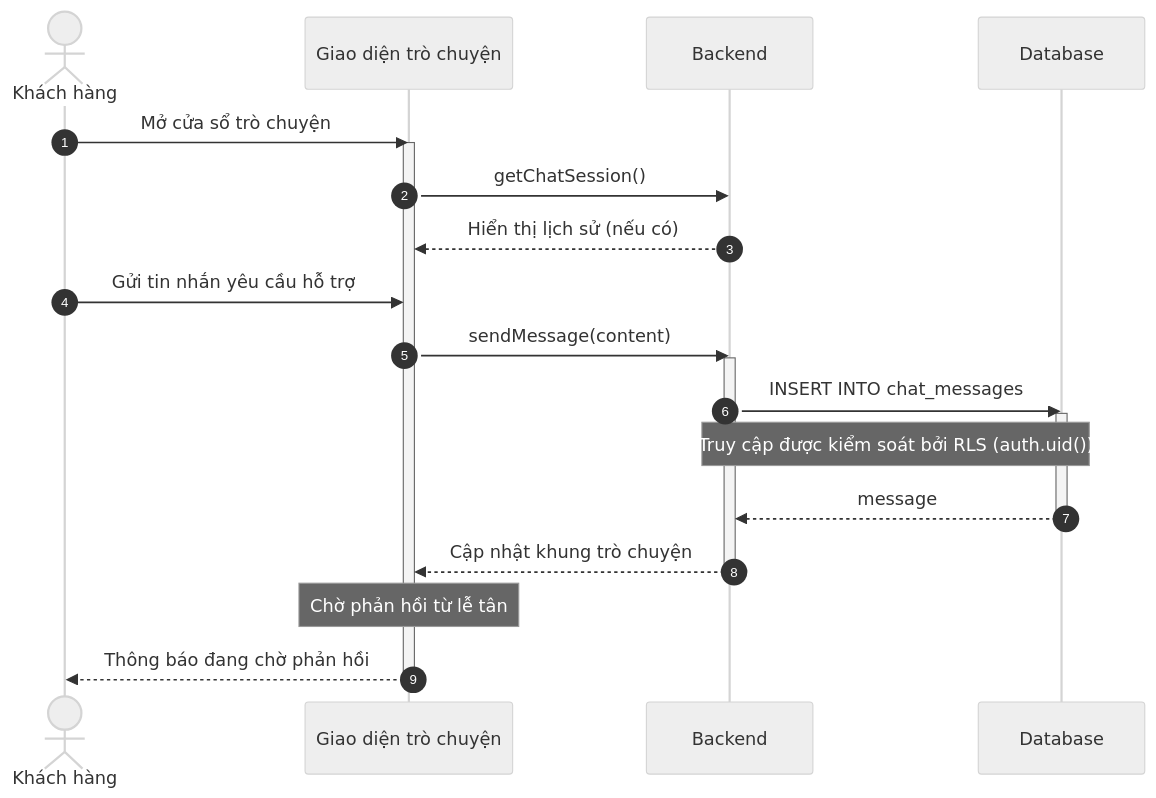
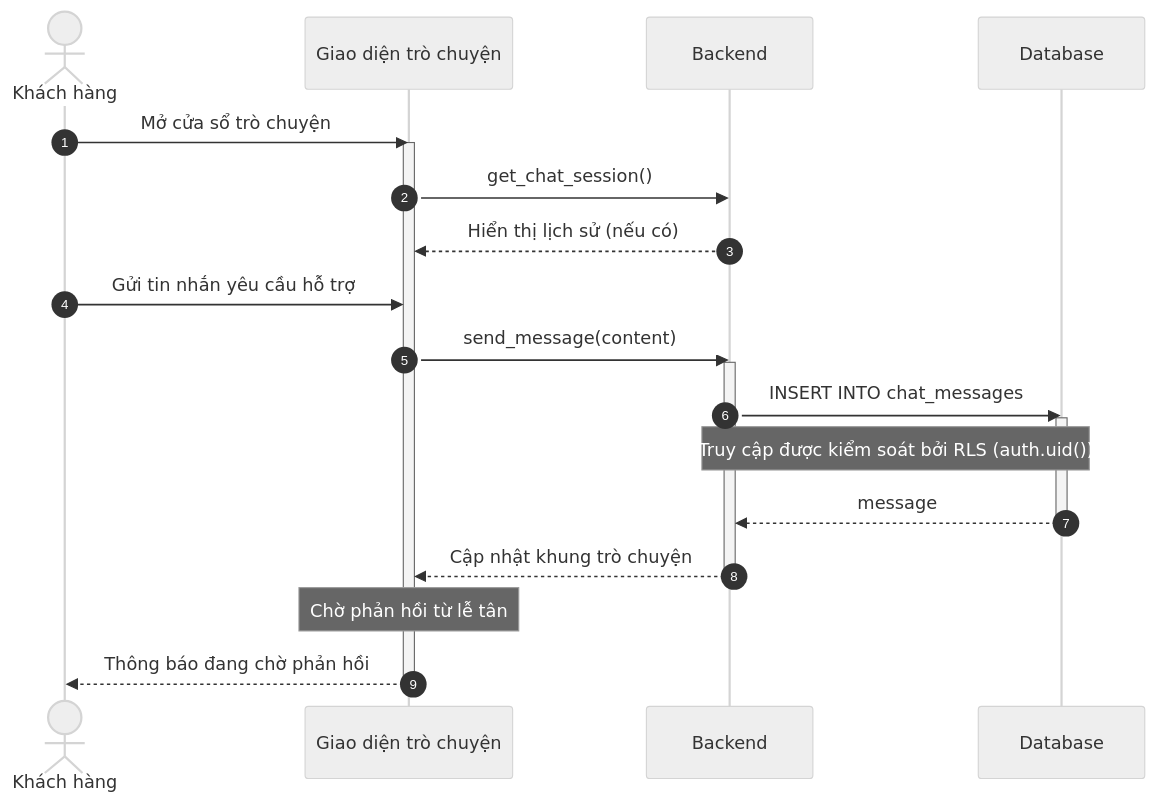
The sixth of 10 diagrams in docs/design/sequences/customer_flows.md (ngoctinn/Synapse), drawn with Mermaid (neutral theme) before and after one commit. The commit also changed other lines of this file and 4 other files, not shown here.

Commit message:
docs: Add activity and sequence diagrams for authentication, customer, receptionist, and technician flows.

````diff
--- a/docs/design/sequences/customer_flows.md
+++ b/docs/design/sequences/customer_flows.md
@@ -190,30 +190,30 @@
 ```mermaid
 sequenceDiagram
     autonumber
     actor KH as Khách hàng
     participant UI as Giao diện trò chuyện
     participant BE as Backend
     participant DB as Database
 
     KH->>UI: Mở cửa sổ trò chuyện
     activate UI
-    UI->>BE: getChatSession()
+    UI->>BE: get_chat_session()
     BE-->>UI: Hiển thị lịch sử (nếu có)
 
     KH->>UI: Gửi tin nhắn yêu cầu hỗ trợ
-    UI->>BE: sendMessage(content)
+    UI->>BE: send_message(content)
     activate BE
 
     BE->>DB: INSERT INTO chat_messages
     activate DB
     Note over BE,DB: Truy cập được kiểm soát bởi RLS (auth.uid())
     DB-->>BE: message
     deactivate DB
 
     BE-->>UI: Cập nhật khung trò chuyện
     deactivate BE
 
     Note over UI: Chờ phản hồi từ lễ tân
     UI-->>KH: Thông báo đang chờ phản hồi
     deactivate UI
 ```
````
